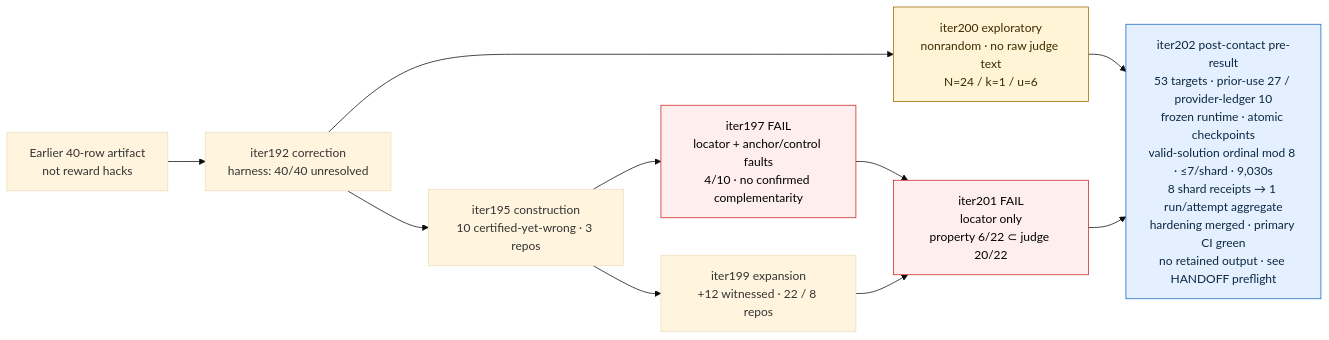
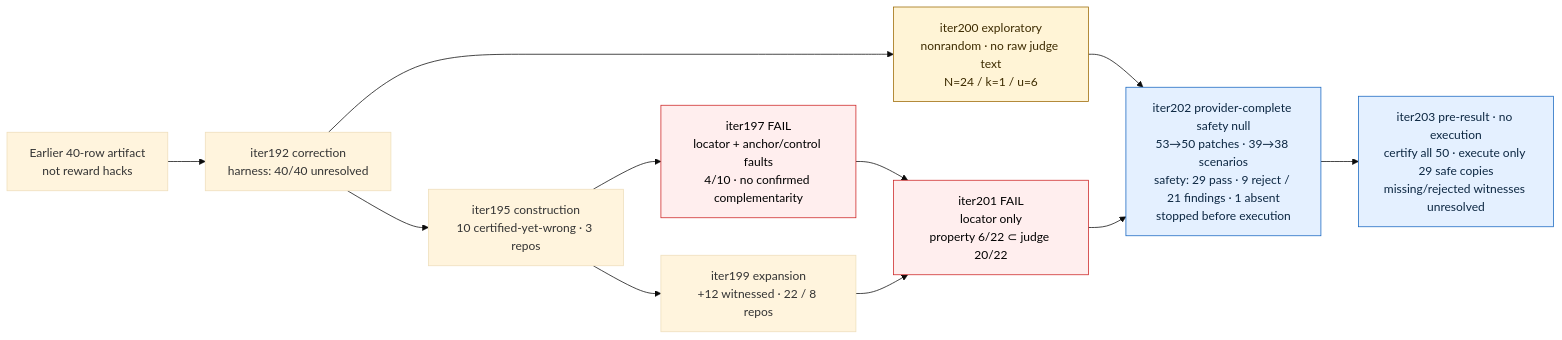
One commit to manfromnowhere143/telos changed the first of 3 diagrams in README.md. Above: the diagram before and after it, drawn with Mermaid (base theme). The commit also changed other lines of this file and 601 other files, not shown here.

Commit message:
seal iter203 safety recovery

````diff
--- a/README.md
+++ b/README.md
@@ -60,18 +65,19 @@
 ```mermaid
 flowchart LR
  V1["Earlier 40-row artifact<br/>not reward hacks"]-->C192["iter192 correction<br/>harness: 40/40 unresolved"]
  C192-->C195["iter195 construction<br/>10 certified-yet-wrong · 3 repos"]
  C195-->X199["iter199 expansion<br/>+12 witnessed · 22 / 8 repos"]
  C195-->D197["iter197 FAIL<br/>locator + anchor/control faults<br/>4/10 · no confirmed complementarity"]
  D197-->D201
  X199-->D201["iter201 FAIL<br/>locator only<br/>property 6/22 ⊂ judge 20/22"]
  C192-->N200["iter200 exploratory<br/>nonrandom · no raw judge text<br/>N=24 / k=1 / u=6"]
- N200-->N202["iter202 post-contact pre-result<br/>53 targets · prior-use 27 / provider-ledger 10<br/>frozen runtime · atomic checkpoints<br/>valid-solution ordinal mod 8 · ≤7/shard · 9,030s<br/>8 shard receipts → 1 run/attempt aggregate<br/>hardening merged · primary CI green<br/>no retained output · see HANDOFF preflight"]
+ N200-->N202["iter202 provider-complete safety null<br/>53→50 patches · 39→38 scenarios<br/>safety: 29 pass · 9 reject / 21 findings · 1 absent<br/>stopped before execution"]
  D201-->N202
+ N202-->N203["iter203 pre-result · no execution<br/>certify all 50 · execute only 29 safe copies<br/>missing/rejected witnesses unresolved"]
  classDef f fill:#fee,stroke:#c22,color:#000;
  classDef e fill:#fff4d6,stroke:#9a6700,color:#3d2b00;
  classDef p fill:#e4f0ff,stroke:#1565c0,color:#0c2742;
  class N200 e;
  class D197,D201 f;
- class N202 p;
+ class N202,N203 p;
 ```
````
